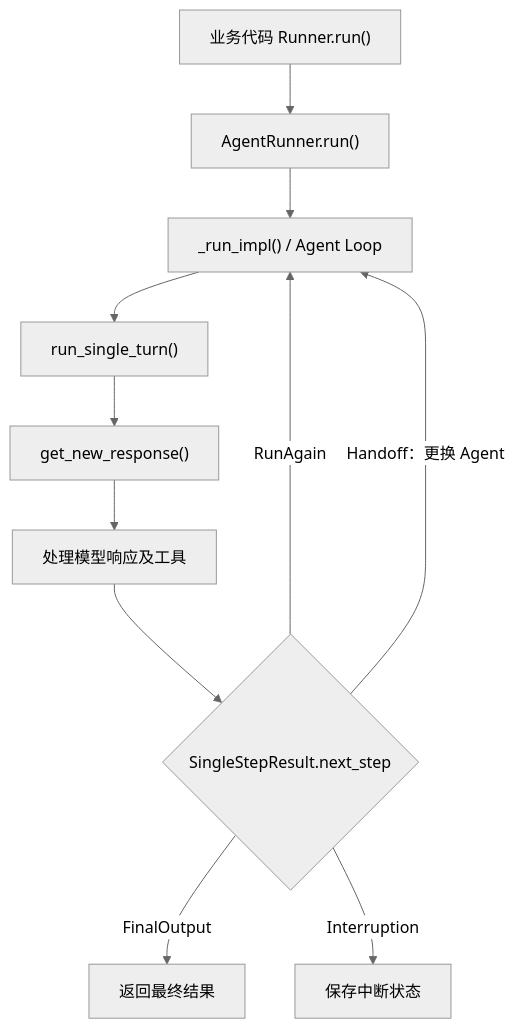
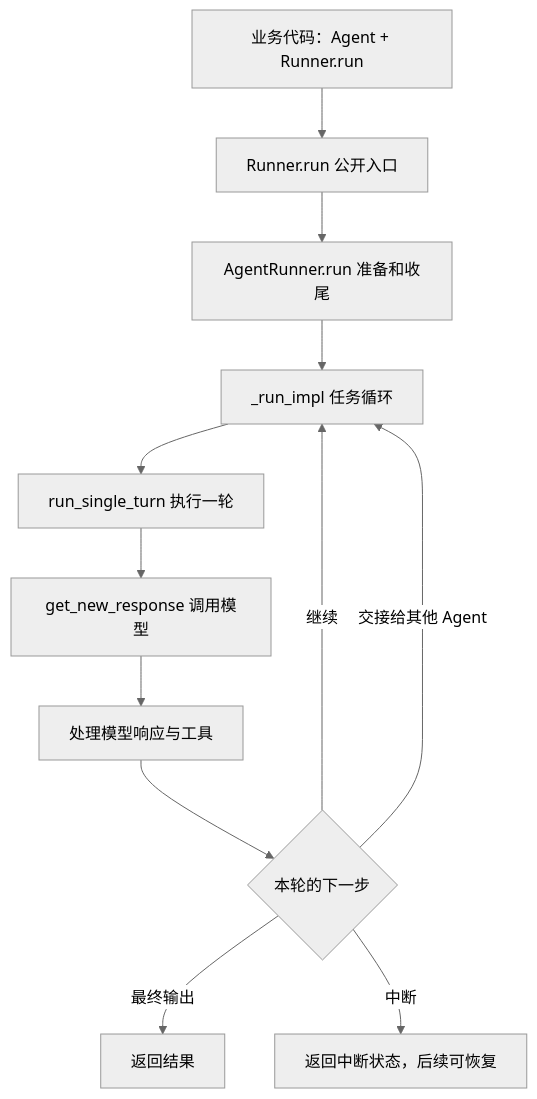
The second of 7 diagrams in notes_optimized.md (Codefreyy/openai-agents-sdk-learn), drawn with Mermaid (neutral theme) before and after one commit. The commit also changed other lines of this file and 2 other files, not shown here.

````diff
--- a/notes_optimized.md
+++ b/notes_optimized.md
@@ -217,18 +313,14 @@
 ```mermaid
 flowchart TD
-    A["业务代码 Runner.run()"]
-    B["AgentRunner.run()"]
-    C["_run_impl() / Agent Loop"]
-    D["run_single_turn()"]
-    E["get_new_response()"]
-    F["处理模型响应及工具"]
-    G{"SingleStepResult.next_step"}
-    H["返回最终结果"]
-    I["保存中断状态"]
-
-    A --> B --> C --> D --> E --> F --> G
-    G -->|"RunAgain"| C
-    G -->|"Handoff：更换 Agent"| C
-    G -->|"FinalOutput"| H
-    G -->|"Interruption"| I
+    A[业务代码：Agent + Runner.run] --> B[Runner.run 公开入口]
+    B --> C[AgentRunner.run 准备和收尾]
+    C --> D[_run_impl 任务循环]
+    D --> E[run_single_turn 执行一轮]
+    E --> F[get_new_response 调用模型]
+    F --> G[处理模型响应与工具]
+    G --> H{本轮的下一步}
+    H -->|继续| D
+    H -->|交接给其他 Agent| D
+    H -->|最终输出| I[返回结果]
+    H -->|中断| J[返回中断状态，后续可恢复]
 ```
````
